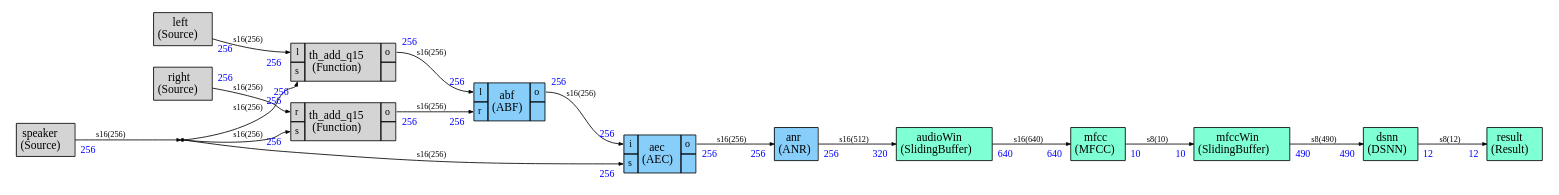
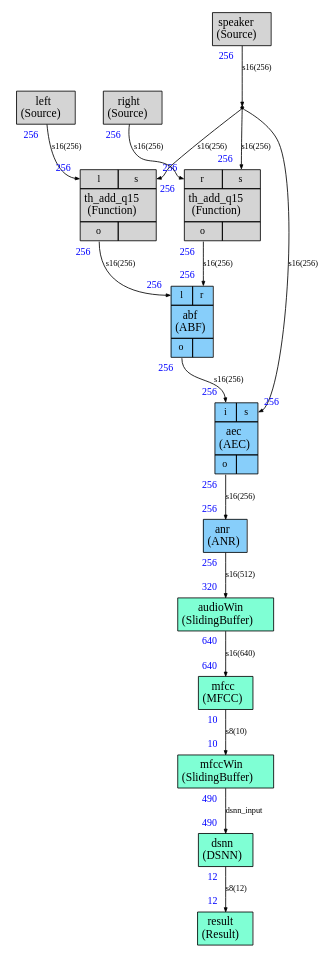
Before and after one commit to christophe0606/audiomark: the diagram in src/cmsis_stream/audiomark.dot, drawn with Graphviz. The commit also changed 16 other files, not shown here.

```diff
--- a/src/cmsis_stream/audiomark.dot
+++ b/src/cmsis_stream/audiomark.dot
@@ -5,40 +5,39 @@
 digraph structs {
     bgcolor = "white"
     node [shape=plaintext,color="black",fontcolor="black",fontname="Times-Roman"]
-    rankdir=LR
     edge [arrowsize="0.5",color="black",fontcolor="black",fontname="Times-Roman"]
+
 
 
 
 abf [label=<
 <TABLE color="black" bgcolor="lightskyblue" BORDER="0" CELLBORDER="1" CELLSPACING="0" CELLPADDING="4">
   <TR>
-    <TD PORT="l"><FONT POINT-SIZE="12.0" COLOR="black">l</FONT></TD>
-    <TD ALIGN="CENTER" ROWSPAN="2"><FONT COLOR="black" POINT-SIZE="14.0">abf<BR/>(ABF)</FONT></TD>
-    <TD PORT="o"><FONT POINT-SIZE="12.0" COLOR="black">o</FONT></TD>
+        <TD PORT="l"><FONT POINT-SIZE="12.0" COLOR="black">l</FONT></TD>
+        <TD PORT="r"><FONT POINT-SIZE="12.0" COLOR="black">r</FONT></TD>
+      </TR>
+  <TR>
+    <TD ALIGN="CENTER" COLSPAN="2"><FONT COLOR="black" POINT-SIZE="14.0">abf<BR/>(ABF)</FONT></TD>
   </TR>
-<TR>
-<TD PORT="r"><FONT POINT-SIZE="12.0" COLOR="black">r</FONT></TD>
+  <TR>
+        <TD PORT="o"><FONT POINT-SIZE="12.0" COLOR="black">o</FONT></TD>
+        <TD></TD>  </TR>
+</TABLE>>];
 
- 
-<TD></TD></TR>
-
-</TABLE>>];
 
 
 aec [label=<
 <TABLE color="black" bgcolor="lightskyblue" BORDER="0" CELLBORDER="1" CELLSPACING="0" CELLPADDING="4">
   <TR>
-    <TD PORT="i"><FONT POINT-SIZE="12.0" COLOR="black">i</FONT></TD>
-    <TD ALIGN="CENTER" ROWSPAN="2"><FONT COLOR="black" POINT-SIZE="14.0">aec<BR/>(AEC)</FONT></TD>
-    <TD PORT="o"><FONT POINT-SIZE="12.0" COLOR="black">o</FONT></TD>
+        <TD PORT="i"><FONT POINT-SIZE="12.0" COLOR="black">i</FONT></TD>
+        <TD PORT="s"><FONT POINT-SIZE="12.0" COLOR="black">s</FONT></TD>
+      </TR>
+  <TR>
+    <TD ALIGN="CENTER" COLSPAN="2"><FONT COLOR="black" POINT-SIZE="14.0">aec<BR/>(AEC)</FONT></TD>
   </TR>
-<TR>
-<TD PORT="s"><FONT POINT-SIZE="12.0" COLOR="black">s</FONT></TD>
-
- 
-<TD></TD></TR>
-
+  <TR>
+        <TD PORT="o"><FONT POINT-SIZE="12.0" COLOR="black">o</FONT></TD>
+        <TD></TD>  </TR>
 </TABLE>>];
 
 anr [label=<
@@ -107,35 +106,35 @@
 </TABLE>>];
 
 
+
 th_add_q151 [label=<
 <TABLE color="black" bgcolor="gray83" BORDER="0" CELLBORDER="1" CELLSPACING="0" CELLPADDING="4">
   <TR>
-    <TD PORT="l"><FONT POINT-SIZE="12.0" COLOR="black">l</FONT></TD>
-    <TD ALIGN="CENTER" ROWSPAN="2"><FONT COLOR="black" POINT-SIZE="14.0">th_add_q15<BR/>(Function)</FONT></TD>
-    <TD PORT="o"><FONT POINT-SIZE="12.0" COLOR="black">o</FONT></TD>
+        <TD PORT="l"><FONT POINT-SIZE="12.0" COLOR="black">l</FONT></TD>
+        <TD PORT="s"><FONT POINT-SIZE="12.0" COLOR="black">s</FONT></TD>
+      </TR>
+  <TR>
+    <TD ALIGN="CENTER" COLSPAN="2"><FONT COLOR="black" POINT-SIZE="14.0">th_add_q15<BR/>(Function)</FONT></TD>
   </TR>
-<TR>
-<TD PORT="s"><FONT POINT-SIZE="12.0" COLOR="black">s</FONT></TD>
+  <TR>
+        <TD PORT="o"><FONT POINT-SIZE="12.0" COLOR="black">o</FONT></TD>
+        <TD></TD>  </TR>
+</TABLE>>];
 
- 
-<TD></TD></TR>
-
-</TABLE>>];
 
 
 th_add_q152 [label=<
 <TABLE color="black" bgcolor="gray83" BORDER="0" CELLBORDER="1" CELLSPACING="0" CELLPADDING="4">
   <TR>
-    <TD PORT="r"><FONT POINT-SIZE="12.0" COLOR="black">r</FONT></TD>
-    <TD ALIGN="CENTER" ROWSPAN="2"><FONT COLOR="black" POINT-SIZE="14.0">th_add_q15<BR/>(Function)</FONT></TD>
-    <TD PORT="o"><FONT POINT-SIZE="12.0" COLOR="black">o</FONT></TD>
+        <TD PORT="r"><FONT POINT-SIZE="12.0" COLOR="black">r</FONT></TD>
+        <TD PORT="s"><FONT POINT-SIZE="12.0" COLOR="black">s</FONT></TD>
+      </TR>
+  <TR>
+    <TD ALIGN="CENTER" COLSPAN="2"><FONT COLOR="black" POINT-SIZE="14.0">th_add_q15<BR/>(Function)</FONT></TD>
   </TR>
-<TR>
-<TD PORT="s"><FONT POINT-SIZE="12.0" COLOR="black">s</FONT></TD>
-
- 
-<TD></TD></TR>
-
+  <TR>
+        <TD PORT="o"><FONT POINT-SIZE="12.0" COLOR="black">o</FONT></TD>
+        <TD></TD>  </TR>
 </TABLE>>];
 
 
@@ -194,7 +193,7 @@
 ,taillabel=<<TABLE BORDER="0" CELLPADDING="4"><TR><TD><FONT COLOR="blue" POINT-SIZE="12.0" >10</FONT>
 </TD></TR></TABLE>>]
 
-mfccWin:i -> dsnn:i [style="solid",color="black",fontsize="10.0",fontcolor="black",label=<s8(490)>
+mfccWin:i -> dsnn:i [style="solid",color="black",fontsize="10.0",fontcolor="black",label=<dsnn_input>
 ,headlabel=<<TABLE BORDER="0" CELLPADDING="4"><TR><TD><FONT COLOR="blue" POINT-SIZE="12.0" >490</FONT>
 </TD></TR></TABLE>>
 ,taillabel=<<TABLE BORDER="0" CELLPADDING="4"><TR><TD><FONT COLOR="blue" POINT-SIZE="12.0" >490</FONT>
```
